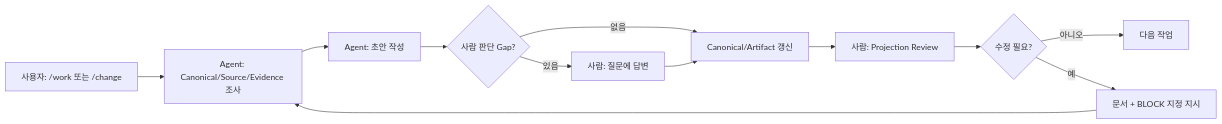
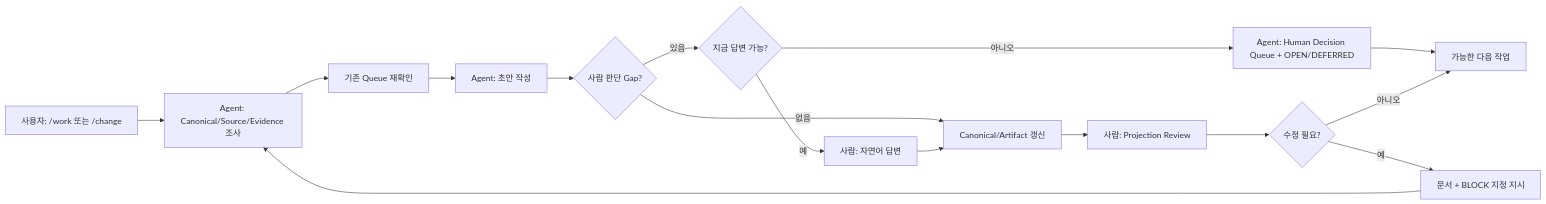
The diagram in docs/00_시작/05_이해관계자별_작업가이드.md (Seunghyun0606/SDLC_DDD_SDD), drawn with Mermaid before and after one commit. The commit also changed other lines of this file, not shown here.

````diff
--- a/docs/00_시작/05_이해관계자별_작업가이드.md
+++ b/docs/00_시작/05_이해관계자별_작업가이드.md
@@ -27,14 +29,18 @@
 ```mermaid
 flowchart LR
     U["사용자: /work 또는 /change"] --> A1["Agent: Canonical/Source/Evidence 조사"]
-    A1 --> A2["Agent: 초안 작성"]
+    A1 --> Q0["기존 Queue 재확인"]
+    Q0 --> A2["Agent: 초안 작성"]
     A2 --> Q{"사람 판단 Gap?"}
     Q -->|없음| C["Canonical/Artifact 갱신"]
-    Q -->|있음| H["사람: 질문에 답변"]
-    H --> C
+    Q -->|있음| H{"지금 답변 가능?"}
+    H -->|예| D["사람: 자연어 답변"]
+    D --> C
+    H -->|아니오| HQ["Agent: Human Decision Queue + OPEN/DEFERRED"]
+    HQ --> N["가능한 다음 작업"]
     C --> R["사람: Projection Review"]
     R --> M{"수정 필요?"}
-    M -->|아니오| N["다음 작업"]
+    M -->|아니오| N
     M -->|예| B["문서 + BLOCK 지정 지시"]
     B --> A1
 ```
````
